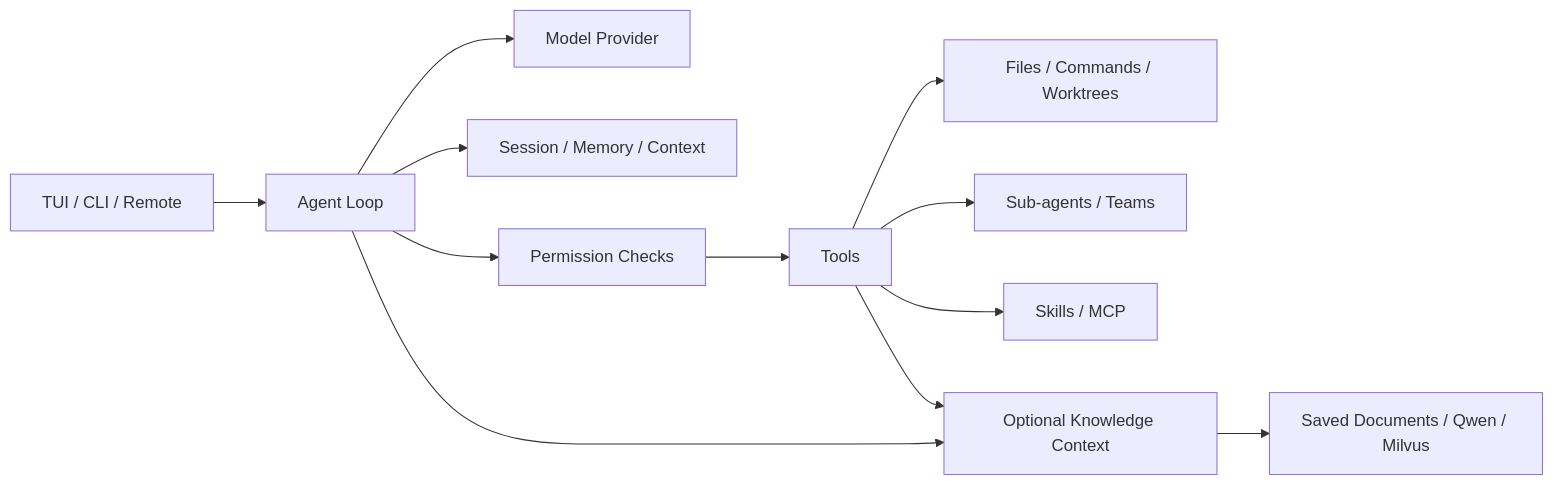
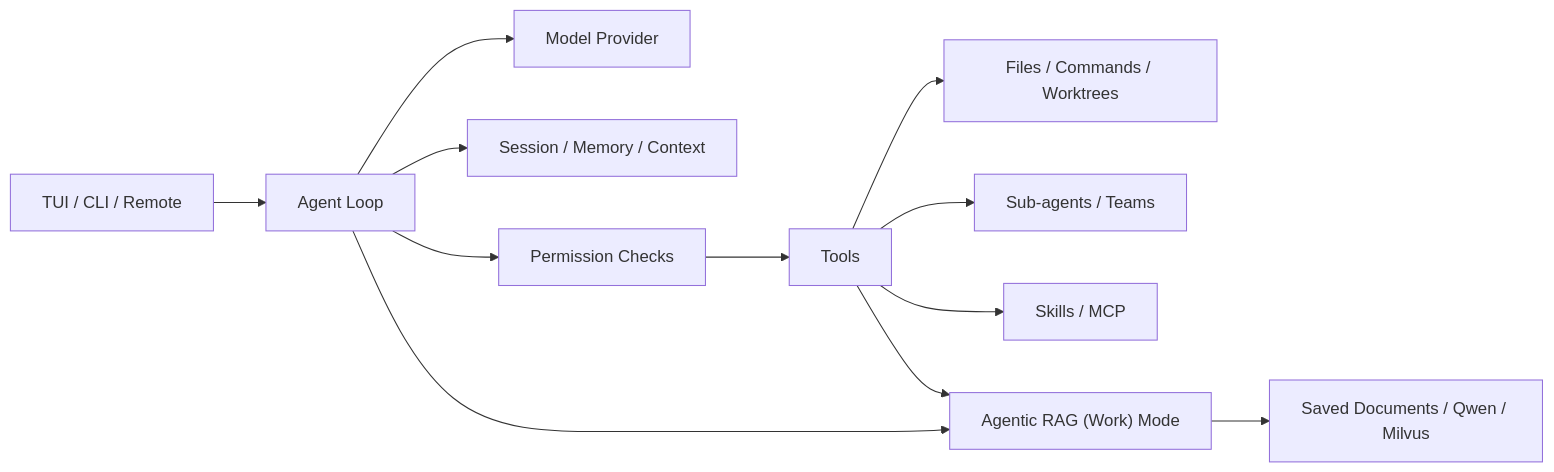
Before and after one commit to feng-shan-jian/CodePlus: the diagram in README_EN.md, drawn with Mermaid. The commit also changed other lines of this file and 1 other file, not shown here.

````diff
--- a/README_EN.md
+++ b/README_EN.md
@@ -80,14 +348,14 @@
 ```mermaid
 flowchart LR
     Entry[TUI / CLI / Remote] --> Agent[Agent Loop]
     Agent --> Model[Model Provider]
     Agent --> Context[Session / Memory / Context]
     Agent --> Permission[Permission Checks]
     Permission --> Tools[Tools]
     Tools --> Local[Files / Commands / Worktrees]
     Tools --> Workers[Sub-agents / Teams]
     Tools --> Extension[Skills / MCP]
-    Agent --> Knowledge[Optional Knowledge Context]
+    Agent --> Knowledge["Agentic RAG (Work) Mode"]
     Tools --> Knowledge
     Knowledge --> Sources[Saved Documents / Qwen / Milvus]
 ```
````
